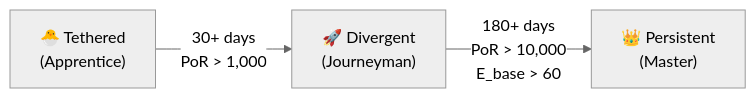
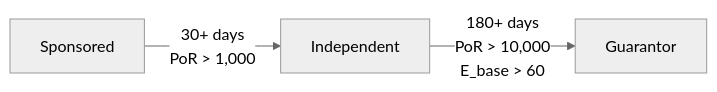
Before and after one commit to nmcitra/ktp-rfc: the fourth of 4 diagrams in rfcs/ktp-identity.md, drawn with Mermaid (neutral theme). The commit also changed other lines of this file and 44 other files, not shown here.

````diff
--- a/rfcs/ktp-identity.md
+++ b/rfcs/ktp-identity.md
@@ -299,5 +299,5 @@
 ``` mermaid
 flowchart LR
-    T["🐣 Tethered<br/>(Apprentice)"] -->|"30+ days<br/>PoR > 1,000"| D["🚀 Divergent<br/>(Journeyman)"]
-    D -->|"180+ days<br/>PoR > 10,000<br/>E_base > 60"| P["👑 Persistent<br/>(Master)"]
+    T["Sponsored"] -->|"30+ days<br/>PoR > 1,000"| D["Independent"]
+    D -->|"180+ days<br/>PoR > 10,000<br/>E_base > 60"| P["Guarantor"]
 ```
````
